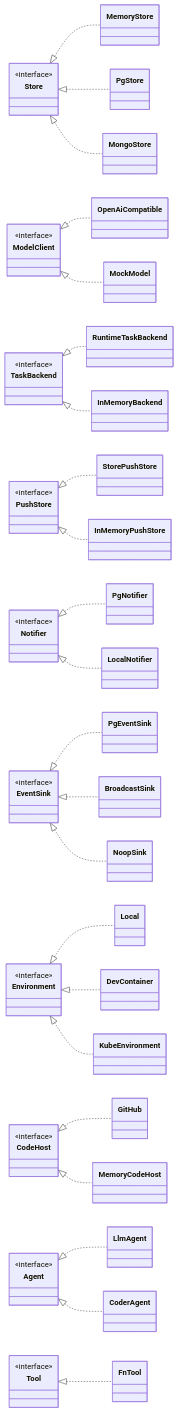
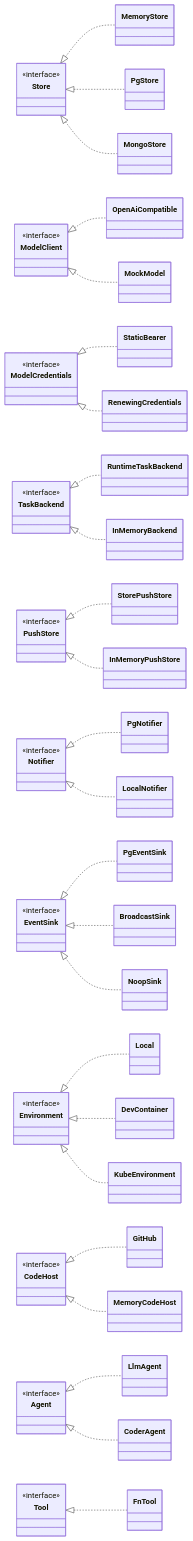
The second of 26 diagrams in docs/architecture.md (vymalo/another-adam-rs), drawn with Mermaid before and after one commit. The commit also changed other lines of this file and 12 other files, not shown here.

First line of the commit message:
feat(model): the model's credentials come from a provider asked for each call (ADR 0058)

````diff
--- a/docs/architecture.md
+++ b/docs/architecture.md
@@ -155,36 +155,39 @@
 ```mermaid
 classDiagram
     direction LR
     class Store { <<interface>> }
     Store <|.. MemoryStore
     Store <|.. PgStore
     Store <|.. MongoStore
     class ModelClient { <<interface>> }
     ModelClient <|.. OpenAiCompatible
     ModelClient <|.. MockModel
+    class ModelCredentials { <<interface>> }
+    ModelCredentials <|.. StaticBearer
+    ModelCredentials <|.. RenewingCredentials
     class TaskBackend { <<interface>> }
     TaskBackend <|.. RuntimeTaskBackend
     TaskBackend <|.. InMemoryBackend
     class PushStore { <<interface>> }
     PushStore <|.. StorePushStore
     PushStore <|.. InMemoryPushStore
     class Notifier { <<interface>> }
     Notifier <|.. PgNotifier
     Notifier <|.. LocalNotifier
     class EventSink { <<interface>> }
     EventSink <|.. PgEventSink
     EventSink <|.. BroadcastSink
     EventSink <|.. NoopSink
     class Environment { <<interface>> }
     Environment <|.. Local
     Environment <|.. DevContainer
     Environment <|.. KubeEnvironment
     class CodeHost { <<interface>> }
     CodeHost <|.. GitHub
     CodeHost <|.. MemoryCodeHost
     class Agent { <<interface>> }
     Agent <|.. LlmAgent
     Agent <|.. CoderAgent
     class Tool { <<interface>> }
     Tool <|.. FnTool
 ```
````
